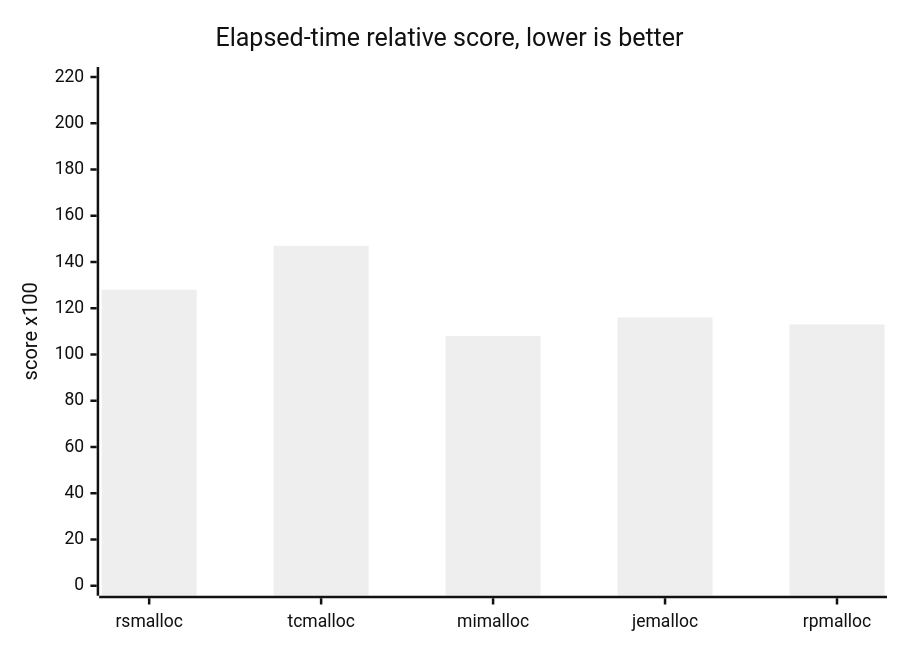
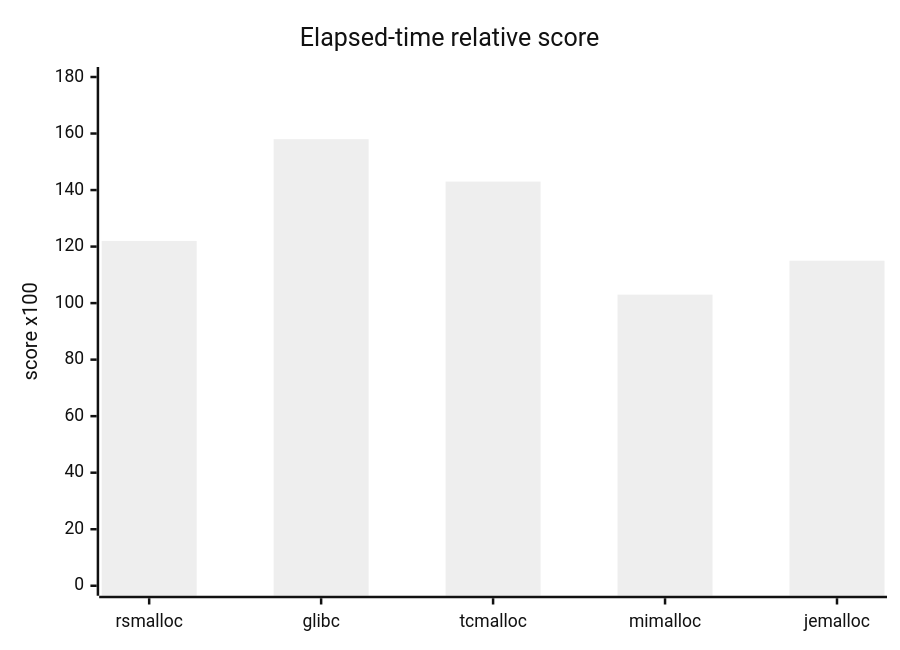
Before and after one commit to Metehan120/rsmalloc: the third of 8 diagrams in benchmarks/benchmarks.md, drawn with Mermaid (neutral theme). The commit also changed other lines of this file and 171 other files, not shown here.

````diff
--- a/benchmarks/benchmarks.md
+++ b/benchmarks/benchmarks.md
@@ -122,7 +99,7 @@
 ```mermaid
 xychart-beta
-    title "Elapsed-time relative score, lower is better"
-    x-axis [rsmalloc, tcmalloc, mimalloc, jemalloc, rpmalloc]
-    y-axis "score x100" 0 --> 220
-    bar [128, 147, 108, 116, 113]
+    title "Elapsed-time relative score"
+    x-axis [rsmalloc, glibc, tcmalloc, mimalloc, jemalloc]
+    y-axis "score x100" 0 --> 180
+    bar [122, 158, 143, 103, 115]
 ```
````
